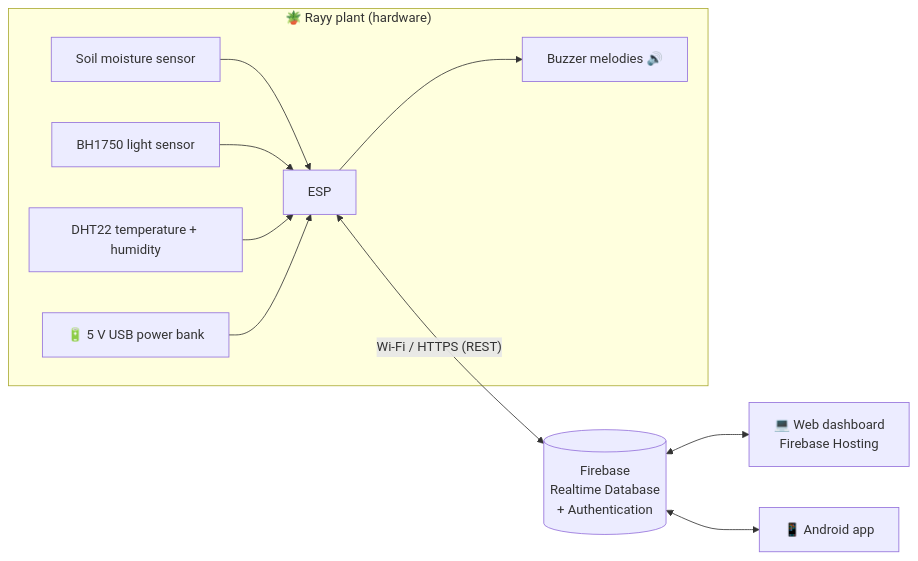
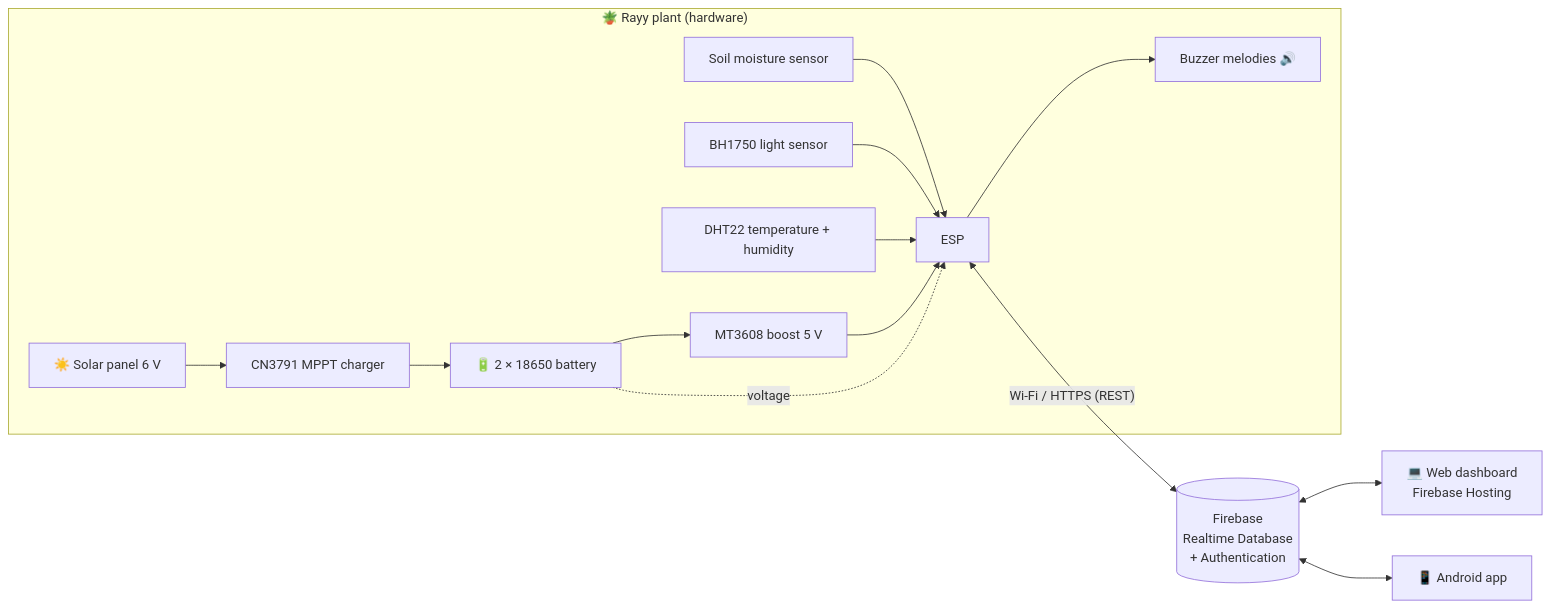
The diagram in rayy/README.md (HassanDiab95/CLAUDE), drawn with Mermaid before and after one commit. The commit also changed other lines of this file and 50 other files, not shown here.

First line of the commit message:
Add solar power part and prepare for future AI

````diff
--- a/rayy/README.md
+++ b/rayy/README.md
@@ -55,13 +58,15 @@
 ```mermaid
 flowchart LR
   subgraph Plant["🪴 Rayy plant (hardware)"]
     S1[Soil moisture sensor] --> ESP
     S2[BH1750 light sensor] --> ESP
     S3[DHT22 temperature + humidity] --> ESP
     ESP --> BZ[Buzzer melodies 🔊]
-    PB[🔋 5 V USB power bank] --> ESP
+    SUN[☀️ Solar panel 6 V] --> CH[CN3791 MPPT charger] --> BAT[🔋 2 × 18650 battery]
+    BAT --> BST[MT3608 boost 5 V] --> ESP
+    BAT -. voltage .-> ESP
   end
   ESP <-- "Wi-Fi / HTTPS (REST)" --> FB[(Firebase<br/>Realtime Database<br/>+ Authentication)]
   FB <--> WEB[💻 Web dashboard<br/>Firebase Hosting]
   FB <--> APP[📱 Android app]
 ```
````
